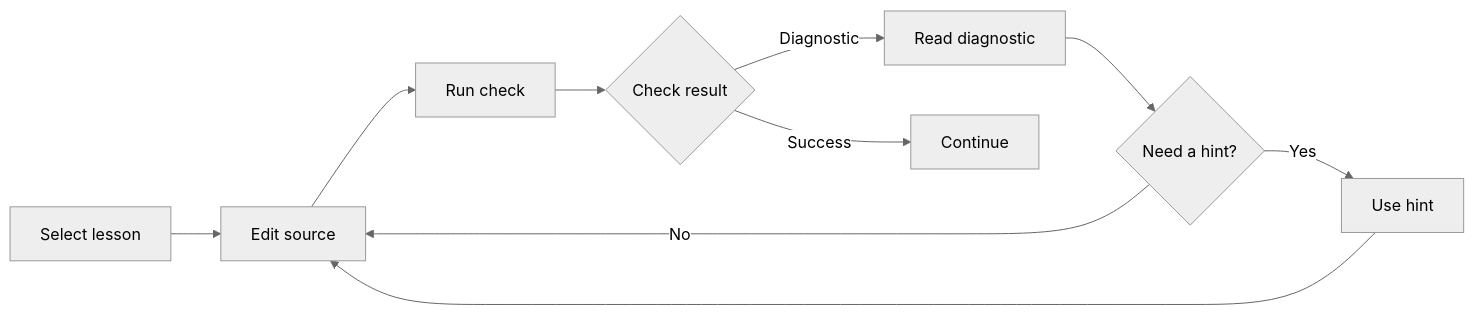
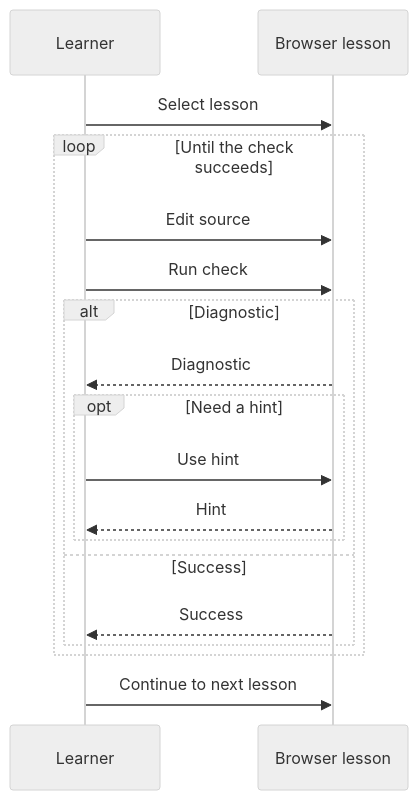
Before and after one commit to Cyber-Nomad-Collective/beskid: the diagram in site/website/src/content/docs/docs/learn/index.md, drawn with Mermaid (neutral theme). The commit also changed 60 other files, not shown here.

````diff
--- a/site/website/src/content/docs/docs/learn/index.md
+++ b/site/website/src/content/docs/docs/learn/index.md
@@ -39,14 +39,22 @@
 ```mermaid
-flowchart LR
+sequenceDiagram
   accTitle: Lesson-check feedback loop
-  accDescr: Select a lesson, edit source, and run a check. Read diagnostics. Use a hint only when you need more help. Continue after success.
-  A[Select lesson] --> B[Edit source]
-  B --> C[Run check]
-  C --> D{Check result}
-  D -->|Diagnostic| E[Read diagnostic]
-  E --> F{Need a hint?}
-  F -->|Yes| G[Use hint]
-  F -->|No| B
-  G --> B
-  D -->|Success| H[Continue]
+  accDescr: The learner edits source and runs a check. The check returns a diagnostic or success. The learner reads the diagnostic, optionally uses a hint, and edits again, or continues after success.
+  participant L as Learner
+  participant B as Browser lesson
+  L->>B: Select lesson
+  loop Until the check succeeds
+    L->>B: Edit source
+    L->>B: Run check
+    alt Diagnostic
+      B-->>L: Diagnostic
+      opt Need a hint
+        L->>B: Use hint
+        B-->>L: Hint
+      end
+    else Success
+      B-->>L: Success
+    end
+  end
+  L->>B: Continue to next lesson
 ```
````
